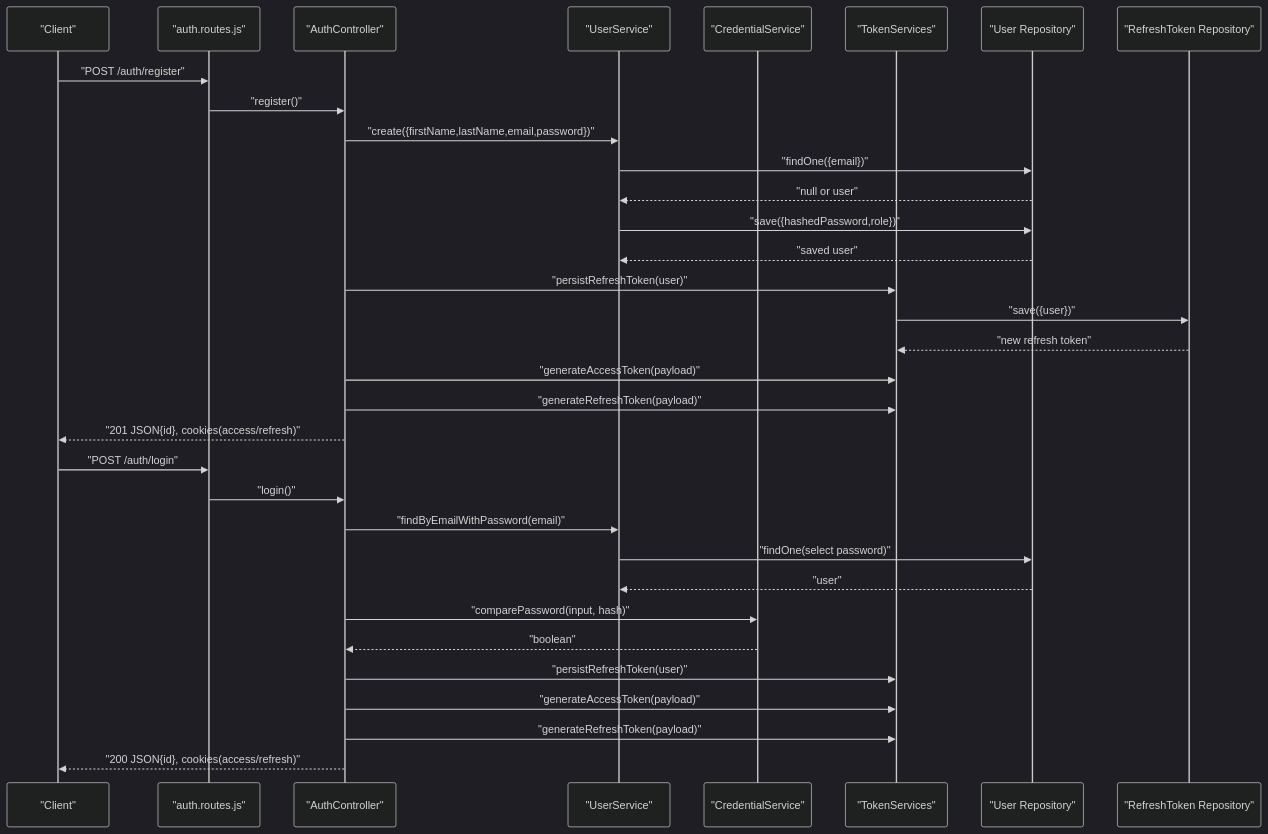
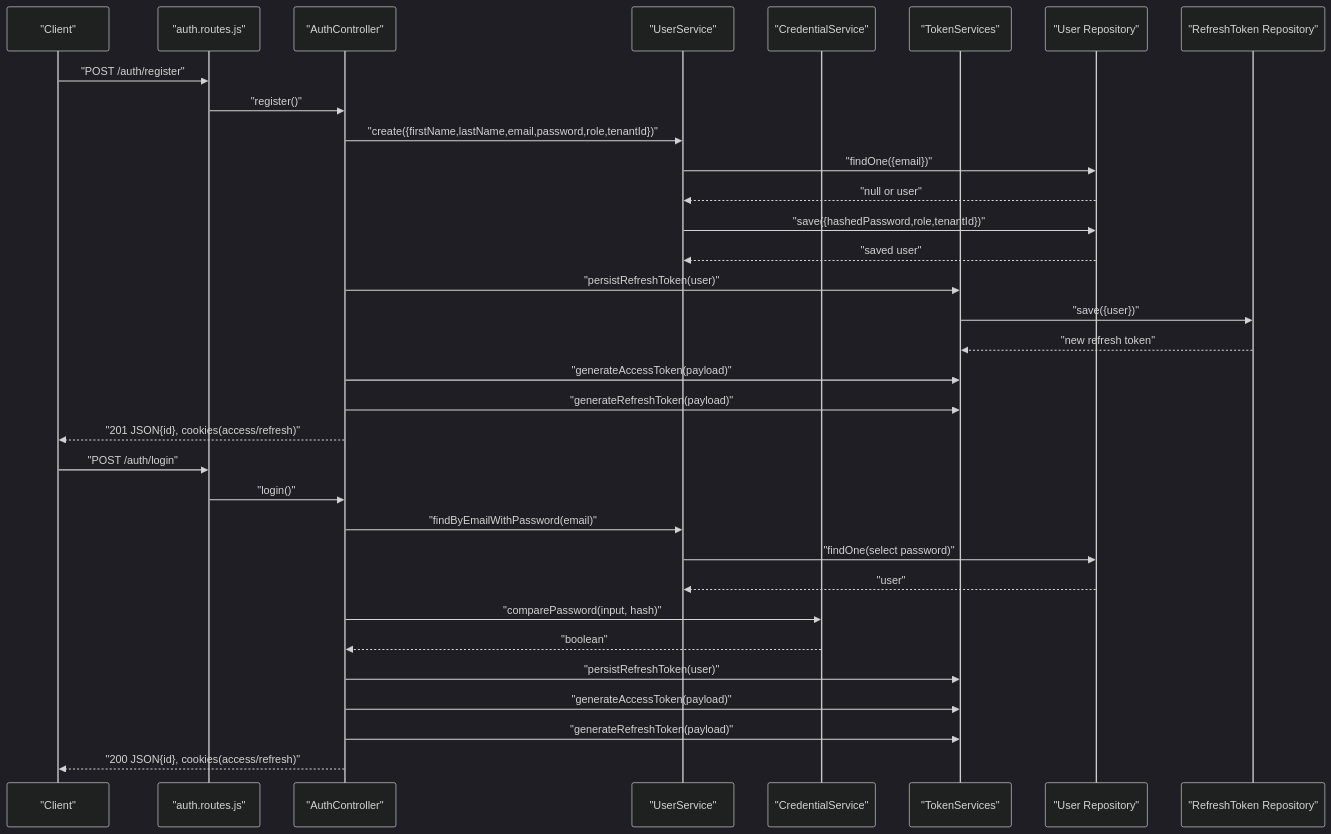
Before and after one commit to Trampoline999/mernspace-c-auth-service: the second of 7 diagrams in .qoder/repowiki/en/content/User Management/User Management.md, drawn with Mermaid (dark theme). The commit also changed other lines of this file and 47 other files, not shown here.

First line of the commit message:
feat(auth): add role-based access control and multi-tenant support

````diff
--- a/.qoder/repowiki/en/content/User Management/User Management.md
+++ b/.qoder/repowiki/en/content/User Management/User Management.md
@@ -150,35 +166,35 @@
 ```mermaid
 sequenceDiagram
 participant Client as "Client"
 participant AuthRoute as "auth.routes.js"
 participant AuthCtrl as "AuthController"
 participant UserSvc as "UserService"
 participant CredSvc as "CredentialService"
 participant TokSvc as "TokenServices"
 participant UserRepo as "User Repository"
 participant RTRepo as "RefreshToken Repository"
 Client->>AuthRoute : "POST /auth/register"
 AuthRoute->>AuthCtrl : "register()"
-AuthCtrl->>UserSvc : "create({firstName,lastName,email,password})"
+AuthCtrl->>UserSvc : "create({firstName,lastName,email,password,role,tenantId})"
 UserSvc->>UserRepo : "findOne({email})"
 UserRepo-->>UserSvc : "null or user"
-UserSvc->>UserRepo : "save({hashedPassword,role})"
+UserSvc->>UserRepo : "save({hashedPassword,role,tenantId})"
 UserRepo-->>UserSvc : "saved user"
 AuthCtrl->>TokSvc : "persistRefreshToken(user)"
 TokSvc->>RTRepo : "save({user})"
 RTRepo-->>TokSvc : "new refresh token"
 AuthCtrl->>TokSvc : "generateAccessToken(payload)"
 AuthCtrl->>TokSvc : "generateRefreshToken(payload)"
 AuthCtrl-->>Client : "201 JSON{id}, cookies(access/refresh)"
 Client->>AuthRoute : "POST /auth/login"
 AuthRoute->>AuthCtrl : "login()"
 AuthCtrl->>UserSvc : "findByEmailWithPassword(email)"
 UserSvc->>UserRepo : "findOne(select password)"
 UserRepo-->>UserSvc : "user"
 AuthCtrl->>CredSvc : "comparePassword(input, hash)"
 CredSvc-->>AuthCtrl : "boolean"
 AuthCtrl->>TokSvc : "persistRefreshToken(user)"
 AuthCtrl->>TokSvc : "generateAccessToken(payload)"
 AuthCtrl->>TokSvc : "generateRefreshToken(payload)"
 AuthCtrl-->>Client : "200 JSON{id}, cookies(access/refresh)"
 ```
````
